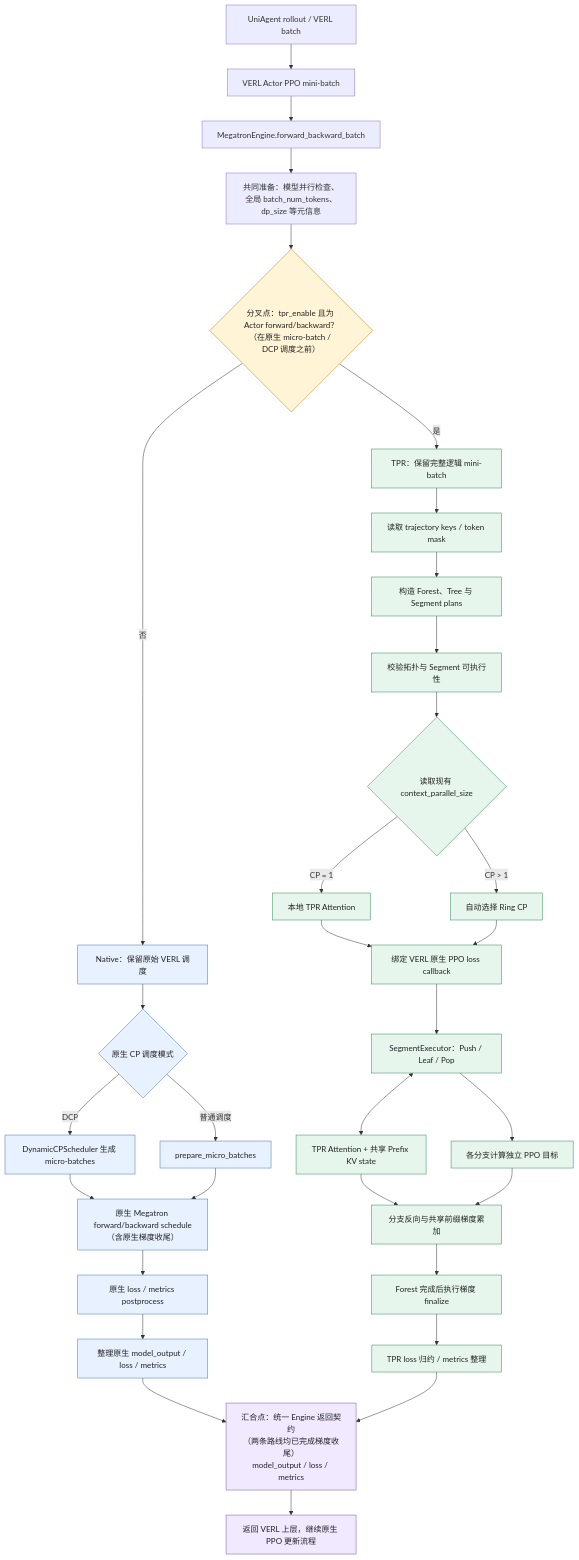
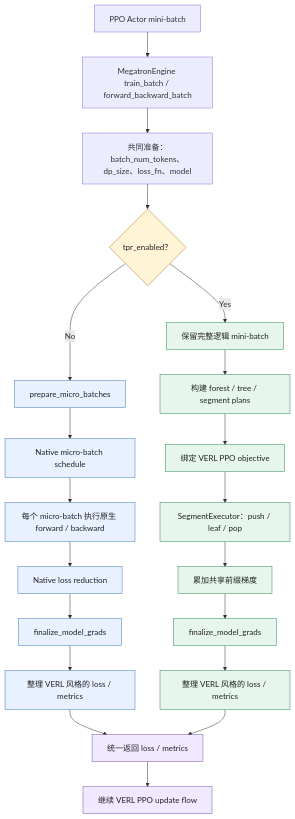
One commit to 1903943257/verl-tpr-recipe-dev changed the diagram in tpr/ARCHITECTURE.md. Above: the diagram before and after it, drawn with Mermaid. The commit also changed other lines of this file, not shown here.

Commit message:
docs(tpr): simplify native and TPR execution flow diagram

````diff
--- a/tpr/ARCHITECTURE.md
+++ b/tpr/ARCHITECTURE.md
@@ -83,46 +83,34 @@
 ```mermaid
 flowchart TD
-    A["UniAgent rollout / VERL batch"] --> B["VERL Actor PPO mini-batch"]
-    B --> C["MegatronEngine.forward_backward_batch"]
-    C --> D["共同准备：模型并行检查、全局 batch_num_tokens、dp_size 等元信息"]
-    D --> E{"分叉点：tpr_enable 且为 Actor forward/backward？\n（在原生 micro-batch / DCP 调度之前）"}
+    A["PPO Actor mini-batch"] --> B["MegatronEngine train_batch / forward_backward_batch"]
+    B --> C["共同准备：batch_num_tokens、dp_size、loss_fn、model"]
+    C --> D{"tpr_enabled？"}
 
-    E -- "否" --> N1["Native：保留原始 VERL 调度"]
-    N1 --> N2{"原生 CP 调度模式"}
-    N2 -- "DCP" --> N3["DynamicCPScheduler 生成 micro-batches"]
-    N2 -- "普通调度" --> N4["prepare_micro_batches"]
-    N3 --> N5["原生 Megatron forward/backward schedule\n（含原生梯度收尾）"]
-    N4 --> N5
-    N5 --> N6["原生 loss / metrics postprocess"]
-    N6 --> N7["整理原生 model_output / loss / metrics"]
+    D -- "No" --> N1["prepare_micro_batches"]
+    N1 --> N2["Native micro-batch schedule"]
+    N2 --> N3["每个 micro-batch 执行原生 forward / backward"]
+    N3 --> N4["Native loss reduction"]
+    N4 --> N5["finalize_model_grads"]
+    N5 --> N6["整理 VERL 风格的 loss / metrics"]
 
-    E -- "是" --> T1["TPR：保留完整逻辑 mini-batch"]
-    T1 --> T2["读取 trajectory keys / token mask"]
-    T2 --> T3["构造 Forest、Tree 与 Segment plans"]
-    T3 --> T4["校验拓扑与 Segment 可执行性"]
-    T4 --> T5{"读取现有 context_parallel_size"}
-    T5 -- "CP = 1" --> T6["本地 TPR Attention"]
-    T5 -- "CP > 1" --> T7["自动选择 Ring CP"]
-    T6 --> T8["绑定 VERL 原生 PPO loss callback"]
-    T7 --> T8
-    T8 --> T9["SegmentExecutor：Push / Leaf / Pop"]
-    T9 <--> T10["TPR Attention + 共享 Prefix KV state"]
-    T9 --> T11["各分支计算独立 PPO 目标"]
-    T10 --> T12["分支反向与共享前缀梯度累加"]
-    T11 --> T12
-    T12 --> T13["Forest 完成后执行梯度 finalize"]
-    T13 --> T14["TPR loss 归约 / metrics 整理"]
+    D -- "Yes" --> T1["保留完整逻辑 mini-batch"]
+    T1 --> T2["构建 forest / tree / segment plans"]
+    T2 --> T3["绑定 VERL PPO objective"]
+    T3 --> T4["SegmentExecutor：push / leaf / pop"]
+    T4 --> T5["累加共享前缀梯度"]
+    T5 --> T6["finalize_model_grads"]
+    T6 --> T7["整理 VERL 风格的 loss / metrics"]
 
-    N7 --> J["汇合点：统一 Engine 返回契约\n（两条路线均已完成梯度收尾）\nmodel_output / loss / metrics"]
-    T14 --> J
-    J --> K["返回 VERL 上层，继续原生 PPO 更新流程"]
+    N6 --> J["统一返回 loss / metrics"]
+    T7 --> J
+    J --> K["继续 VERL PPO update flow"]
 
     classDef fork fill:#fff4d6,stroke:#b7791f,color:#222;
     classDef native fill:#e8f1ff,stroke:#4676b9,color:#222;
     classDef tpr fill:#e6f6ec,stroke:#2d8a57,color:#222;
     classDef join fill:#f1e9ff,stroke:#7955a6,color:#222;
-    class E fork;
-    class N1,N2,N3,N4,N5,N6,N7 native;
-    class T1,T2,T3,T4,T5,T6,T7,T8,T9,T10,T11,T12,T13,T14 tpr;
+    class D fork;
+    class N1,N2,N3,N4,N5,N6 native;
+    class T1,T2,T3,T4,T5,T6,T7 tpr;
     class J,K join;
 ```
````
